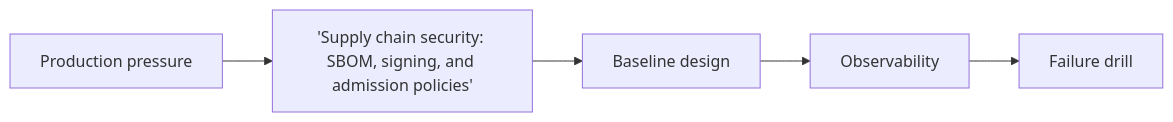
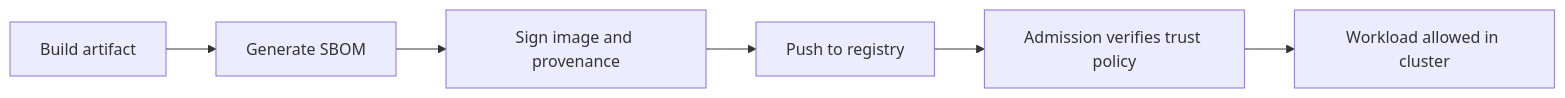
The diagram in _posts/2026-09-10-k8s-supply-chain-security-sbom-signing-part-1.md (sandeepbhardwaj/sandeepbhardwaj.github.io), drawn with Mermaid before and after one commit. The commit also changed other lines of this file and 19 other files, not shown here.

````diff
--- a/_posts/2026-09-10-k8s-supply-chain-security-sbom-signing-part-1.md
+++ b/_posts/2026-09-10-k8s-supply-chain-security-sbom-signing-part-1.md
@@ -58,7 +66,8 @@
 ```mermaid
 flowchart LR
-    A[Production pressure] --> B['Supply chain security: SBOM, signing, and admission policies']
-    B --> C[Baseline design]
-    C --> D[Observability]
-    D --> E[Failure drill]
+    A[Build artifact] --> B[Generate SBOM]
+    B --> C[Sign image and provenance]
+    C --> D[Push to registry]
+    D --> E[Admission verifies trust policy]
+    E --> F[Workload allowed in cluster]
 ```
````
